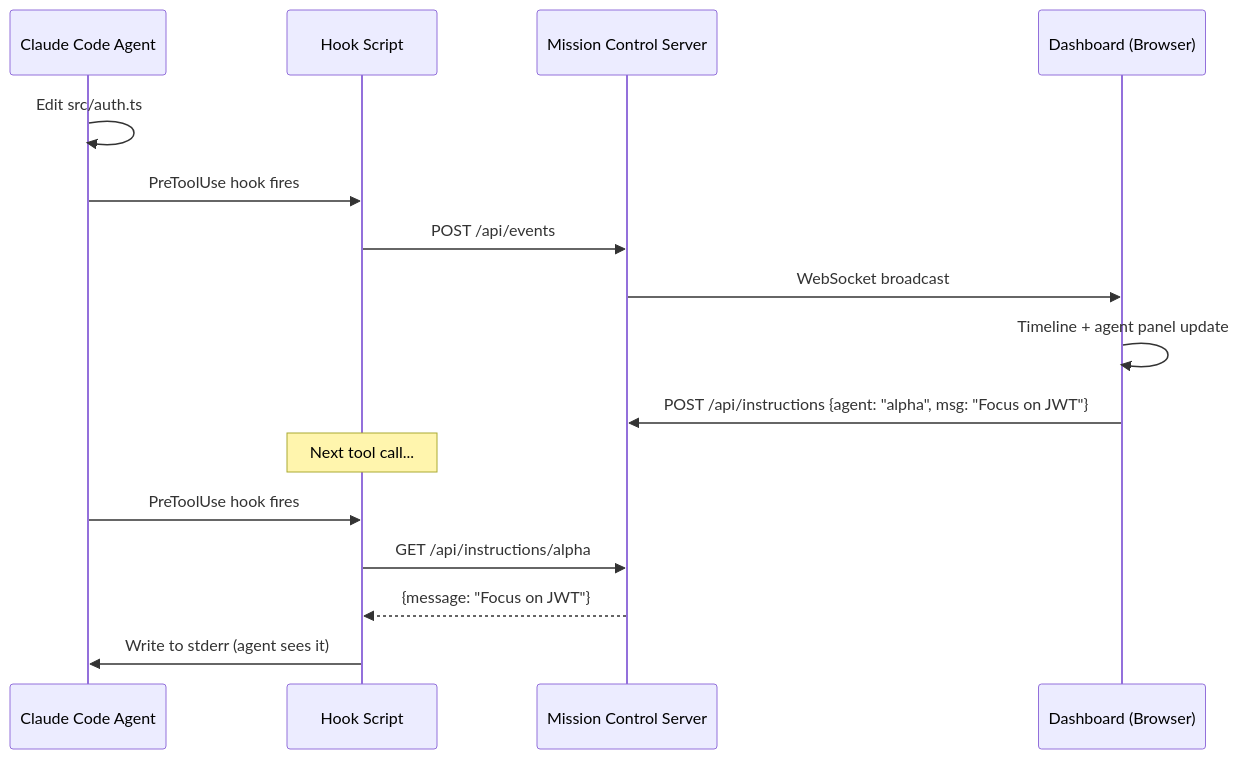
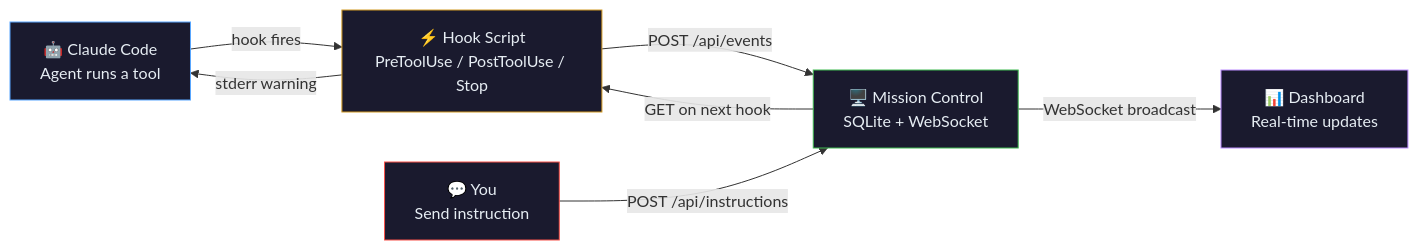
The diagram in README.md (Cyvid7-Darus10/claude-mission-control), drawn with Mermaid before and after one commit. The commit also changed other lines of this file, not shown here.

Commit message:
docs: replace ASCII flow with mermaid flowchart

````diff
--- a/README.md
+++ b/README.md
@@ -107,20 +91,21 @@
 ```mermaid
-sequenceDiagram
-    participant A as Claude Code Agent
-    participant H as Hook Script
-    participant S as Mission Control Server
-    participant D as Dashboard (Browser)
+flowchart LR
+    A["🤖 Claude Code<br/>Agent runs a tool"]
+    H["⚡ Hook Script<br/>PreToolUse / PostToolUse / Stop"]
+    S["🖥️ Mission Control<br/>SQLite + WebSocket"]
+    D["📊 Dashboard<br/>Real-time updates"]
+    I["💬 You<br/>Send instruction"]
 
-    A->>A: Edit src/auth.ts
-    A->>H: PreToolUse hook fires
-    H->>S: POST /api/events
-    S->>D: WebSocket broadcast
-    D->>D: Timeline + agent panel update
+    A -->|"hook fires"| H
+    H -->|"POST /api/events"| S
+    S -->|"WebSocket broadcast"| D
+    I -->|"POST /api/instructions"| S
+    S -->|"GET on next hook"| H
+    H -->|"stderr warning"| A
 
-    D->>S: POST /api/instructions {agent: "alpha", msg: "Focus on JWT"}
-    Note over H: Next tool call...
-    A->>H: PreToolUse hook fires
-    H->>S: GET /api/instructions/alpha
-    S-->>H: {message: "Focus on JWT"}
-    H->>A: Write to stderr (agent sees it)
+    style A fill:#1a1a2e,stroke:#58a6ff,color:#e6edf3
+    style H fill:#1a1a2e,stroke:#d29922,color:#e6edf3
+    style S fill:#1a1a2e,stroke:#3fb950,color:#e6edf3
+    style D fill:#1a1a2e,stroke:#bc8cff,color:#e6edf3
+    style I fill:#1a1a2e,stroke:#f85149,color:#e6edf3
 ```
````
